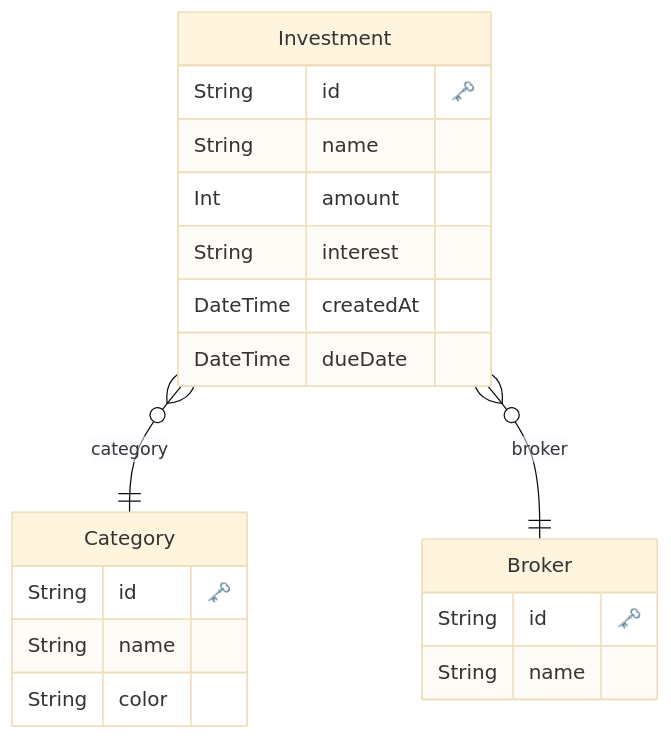
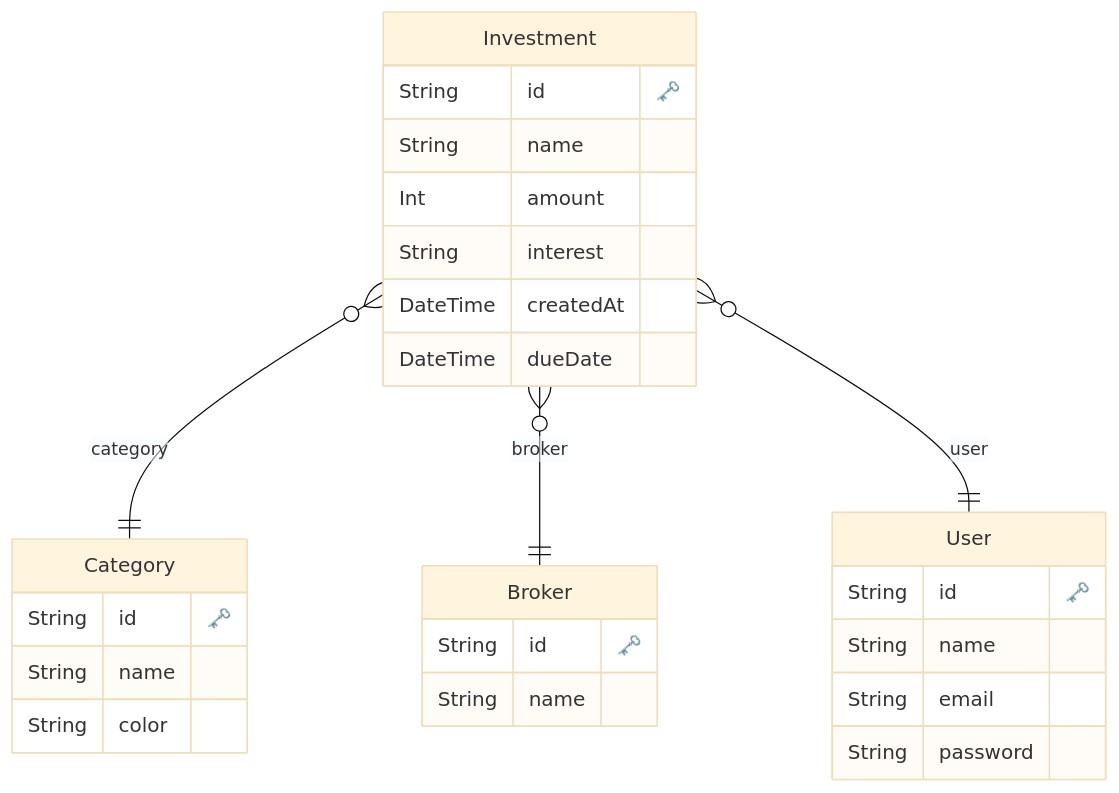
One commit to luizchaves/lp2-2026 changed the diagram in classroom/back-end/investment-api/docs/erd.md. Above: the diagram before and after it, drawn with Mermaid (base theme). The commit also changed 19 other files, not shown here.

Commit message:
feat: add User model with CRUD operations, update Investment model to associate with User, and implement user registration functionality

````diff
--- a/classroom/back-end/investment-api/docs/erd.md
+++ b/classroom/back-end/investment-api/docs/erd.md
@@ -1,28 +1,37 @@
 ```mermaid
 erDiagram
 
   "Investment" {
     String id "🗝️"
     String name 
     Int amount 
     String interest 
     DateTime createdAt 
     DateTime dueDate 
     }
   
 
   "Category" {
     String id "🗝️"
     String name 
     String color 
     }
   
 
   "Broker" {
     String id "🗝️"
     String name 
     }
   
+
+  "User" {
+    String id "🗝️"
+    String name 
+    String email 
+    String password 
+    }
+  
     "Investment" }o--|| "Category" : "category"
     "Investment" }o--|| "Broker" : "broker"
+    "Investment" }o--|| "User" : "user"
 ```
````
